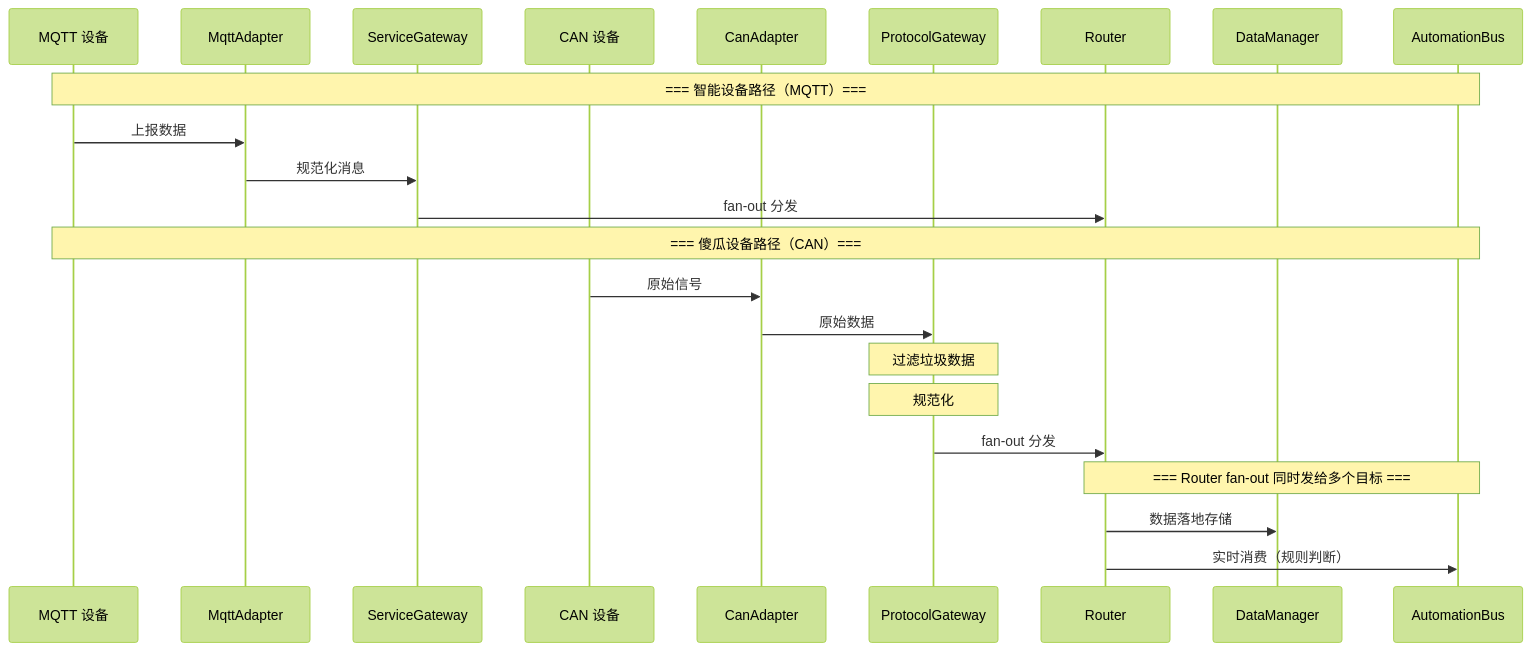
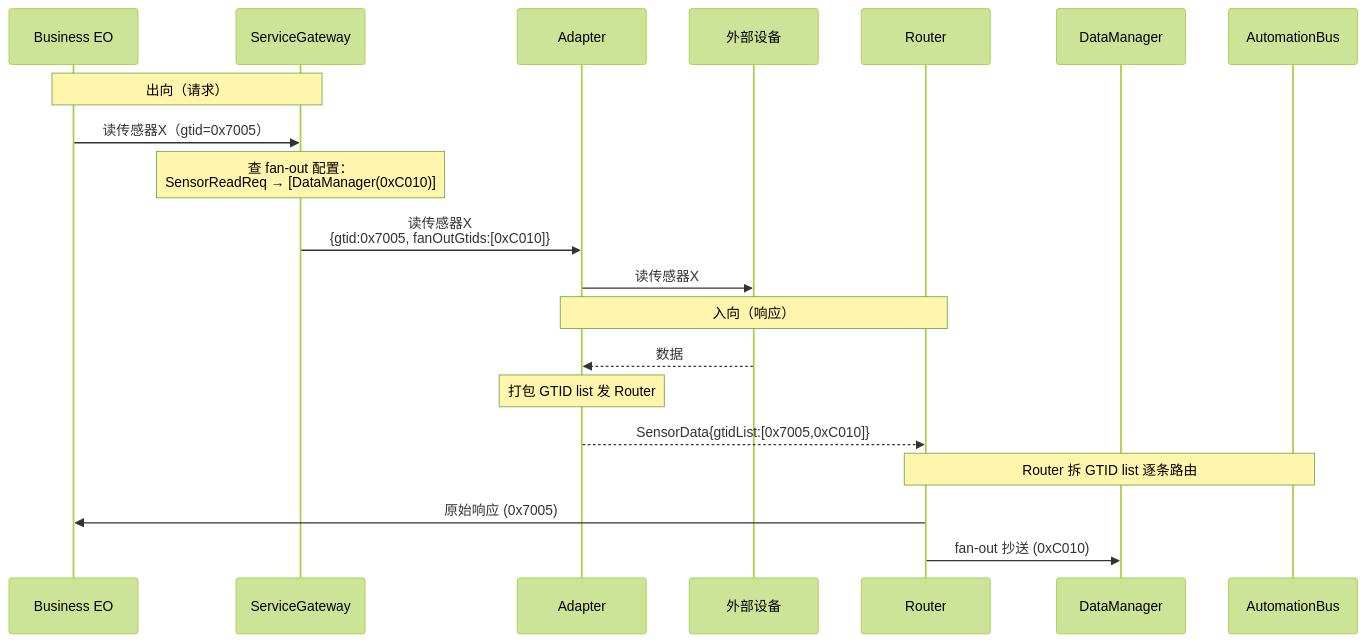
Before and after one commit to yun-qilong/flow_hub: the fourth of 4 diagrams in README.md, drawn with Mermaid (forest theme). The commit also changed other lines of this file and 3 other files, not shown here.

First line of the commit message:
[Doc]Refine Service Layer architecture and message header design

````diff
--- a/README.md
+++ b/README.md
@@ -358,30 +360,24 @@
 ```mermaid
 sequenceDiagram
-    participant MqttDev as MQTT 设备
-    participant MqttAd as MqttAdapter
+    participant EO as Business EO
     participant SG as ServiceGateway
-    participant CanDev as CAN 设备
-    participant CanAd as CanAdapter
-    participant PG as ProtocolGateway
+    participant Ad as Adapter
+    participant Dev as 外部设备
     participant R as Router
     participant DM as DataManager
     participant AU as AutomationBus
 
-    Note over MqttDev,AU: === 智能设备路径（MQTT）===
-    MqttDev->>MqttAd: 上报数据
-    MqttAd->>SG: 规范化消息
-    SG->>R: fan-out 分发
+    Note over EO,SG: 出向（请求）
+    EO->>SG: 读传感器X（gtid=0x7005）
+    Note over SG: 查 fan-out 配置：<br/>SensorReadReq → [DataManager(0xC010)]
+    SG->>Ad: 读传感器X<br/>{gtid:0x7005, fanOutGtids:[0xC010]}
+    Ad->>Dev: 读传感器X
 
-    Note over MqttDev,AU: === 傻瓜设备路径（CAN）===
-    CanDev->>CanAd: 原始信号
-    CanAd->>PG: 原始数据
-
-    Note over PG: 过滤垃圾数据
-    Note over PG: 规范化
-
-    PG->>R: fan-out 分发
-
-    Note over R,AU: === Router fan-out 同时发给多个目标 ===
-    R->>DM: 数据落地存储
-    R->>AU: 实时消费（规则判断）
+    Note over Ad,R: 入向（响应）
+    Dev-->>Ad: 数据
+    Note over Ad: 打包 GTID list 发 Router
+    Ad-->>R: SensorData{gtidList:[0x7005,0xC010]}
+    Note over R,AU: Router 拆 GTID list 逐条路由
+    R->>EO: 原始响应 (0x7005)
+    R->>DM: fan-out 抄送 (0xC010)
 ```
````
